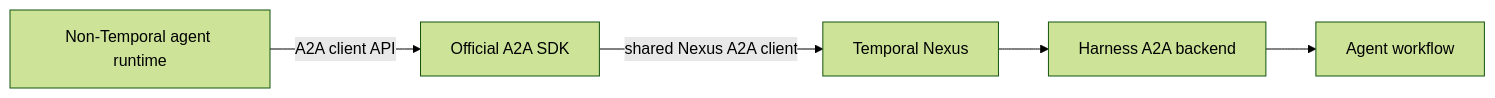
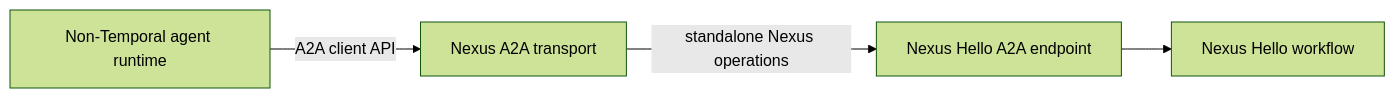
One commit to temporal-community/temporal-agent-harness changed the seventh of 8 diagrams in examples/nexus_hello/README.md. Above: the diagram before and after it, drawn with Mermaid (forest theme). The commit also changed other lines of this file and 5 other files, not shown here.

Commit message:
Showcase brokered account UI in Nexus Hello

````diff
--- a/examples/nexus_hello/README.md
+++ b/examples/nexus_hello/README.md
@@ -182,7 +203,6 @@
 ```mermaid
 flowchart LR
-    External[Non-Temporal agent runtime] -->|A2A client API| SDK[Official A2A SDK]
-    SDK -->|shared Nexus A2A client| Nexus[Temporal Nexus]
-    Nexus --> Backend[Harness A2A backend]
-    Backend --> Agent[Agent workflow]
+    Caller[Non-Temporal agent runtime] -->|A2A client API| Transport[Nexus A2A transport]
+    Transport -->|standalone Nexus operations| Target[Nexus Hello A2A endpoint]
+    Target --> Agent[Nexus Hello workflow]
 ```
````
